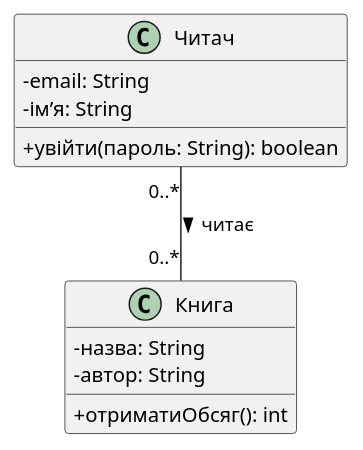
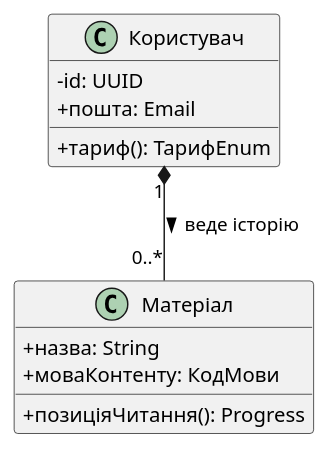
The diagram in lab01_usecase/test_two_classes.puml (vt232kod-debug/software-modeling), drawn with PlantUML before and after one commit. The commit also changed 77 other files, not shown here.

```diff
--- a/lab01_usecase/test_two_classes.puml
+++ b/lab01_usecase/test_two_classes.puml
@@ -1,23 +1,25 @@
 @startuml
 ' Тестова діаграма для перевірки налаштування середовища PlantUML
 ' Лабораторна робота №1. Камінський Олексій Дмитрович, група ВТ-23-2
-' Два класи з одним відношенням (асоціація «багато до багатьох»)
+' Два класи з одним відношенням (композиція «один до багатьох»)
+' Пара взята з власної предметної області: «Півот» — вебсервіс і браузерне
+' розширення для вивчення іноземної мови на власному контенті користувача
 
 skinparam defaultFontName "Helvetica"
 skinparam classAttributeIconSize 0
 skinparam shadowing false
 
-class Читач {
-  - email: String
-  - імʼя: String
-  + увійти(пароль: String): boolean
+class Користувач {
+  - id: UUID
+  + пошта: Email
+  + тариф(): ТарифEnum
 }
 
-class Книга {
-  - назва: String
-  - автор: String
-  + отриматиОбсяг(): int
+class Матеріал {
+  + назва: String
+  + моваКонтенту: КодМови
+  + позиціяЧитання(): Progress
 }
 
-Читач "0..*" -- "0..*" Книга : читає >
+Користувач "1" *-- "0..*" Матеріал : веде історію >
 @enduml
```
